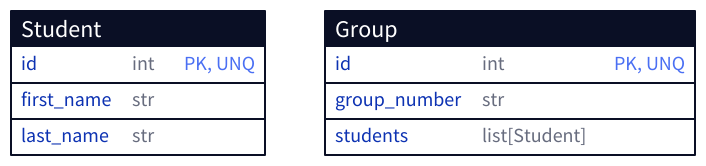
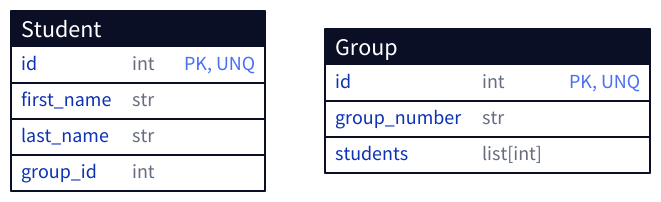
The diagram in doc/tables.d2 (arsenier/task2), drawn with D2 before and after one commit. The commit also changed 14 other files, not shown here.

```diff
--- a/doc/tables.d2
+++ b/doc/tables.d2
@@ -1,15 +1,16 @@
 Student: {
   shape: sql_table
 
   id: int {constraint: [primary_key; unique]}
   first_name: str
   last_name: str
+  group_id: int
 }
 
 Group: {
     shape: sql_table
 
     id: int {constraint: [primary_key; unique]}
     group_number: str
-    students: "list[Student]"
+    students: "list[int]"
 }
```
